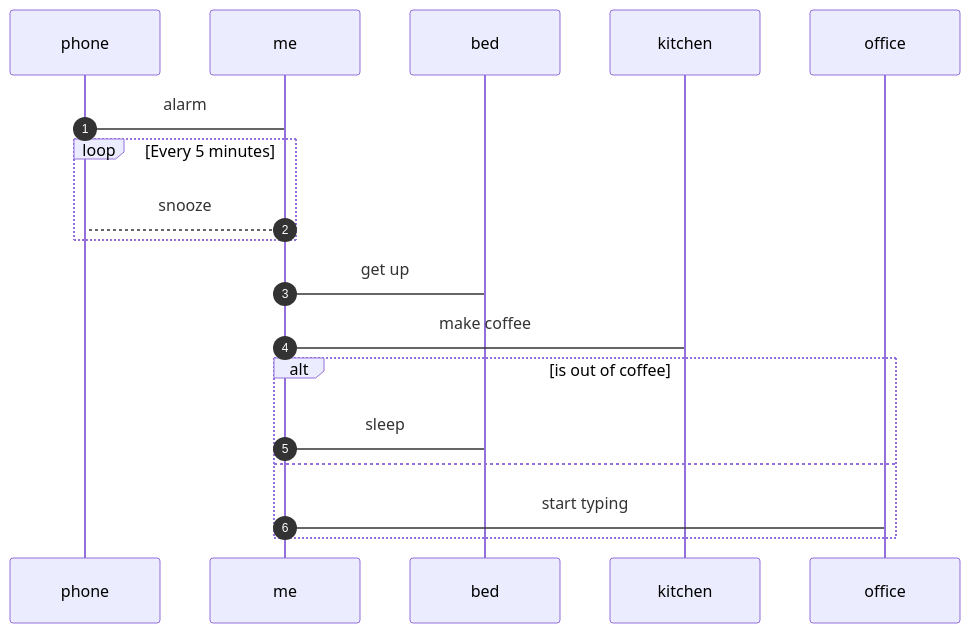
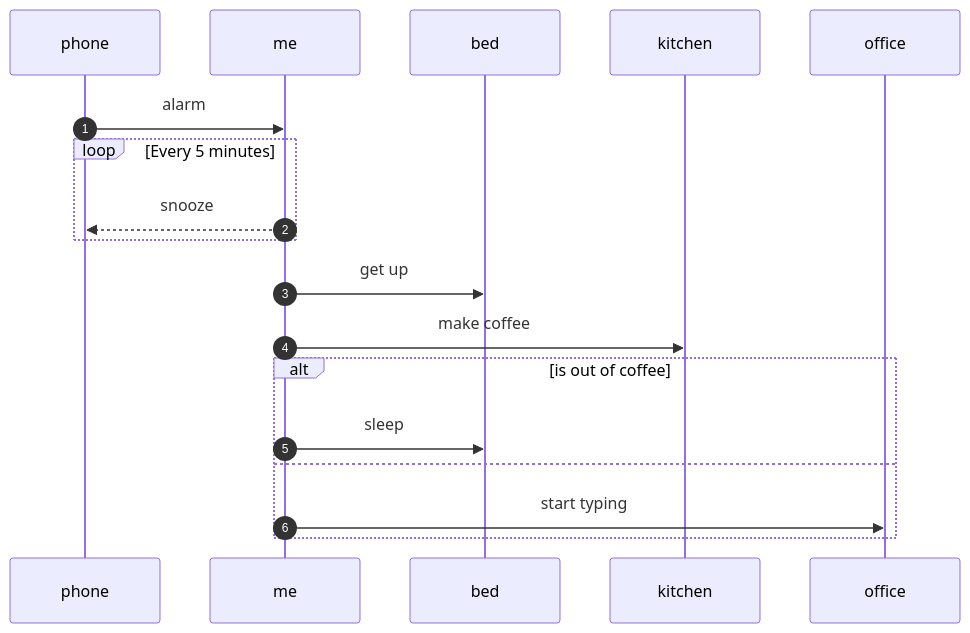
One commit to RaySirX/rk3328-netmaster changed the diagram in README.md. Above: the diagram before and after it, drawn with Mermaid.

Commit message:
mermaid test

````diff
--- a/README.md
+++ b/README.md
@@ -79,17 +79,17 @@
 ```mermaid
 sequenceDiagram
   autonumber
-  phone -> me: alarm
+  phone ->> me: alarm
   loop Every 5 minutes
-    me --> phone: snooze
+    me -->> phone: snooze
   end
   
-  me -> bed: get up
+  me ->> bed: get up
 
-  me -> kitchen: make coffee
+  me ->> kitchen: make coffee
   alt is out of coffee
-    me -> bed: sleep
+    me ->> bed: sleep
   else
-    me -> office: start typing
+    me ->> office: start typing
   end
 ```
````
